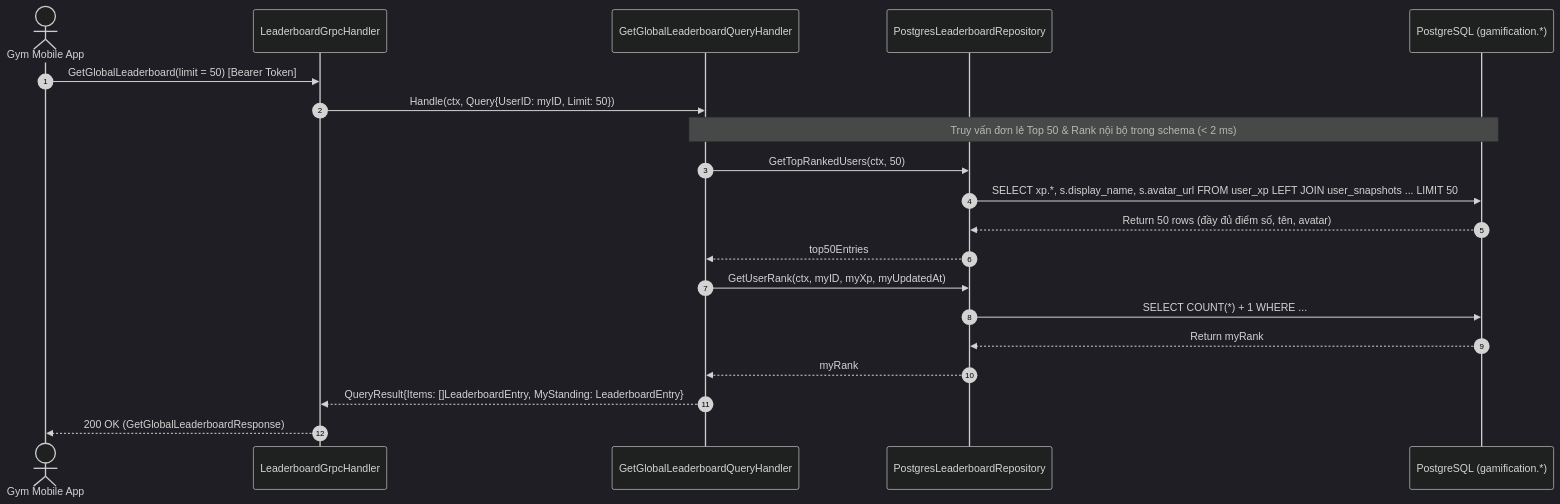
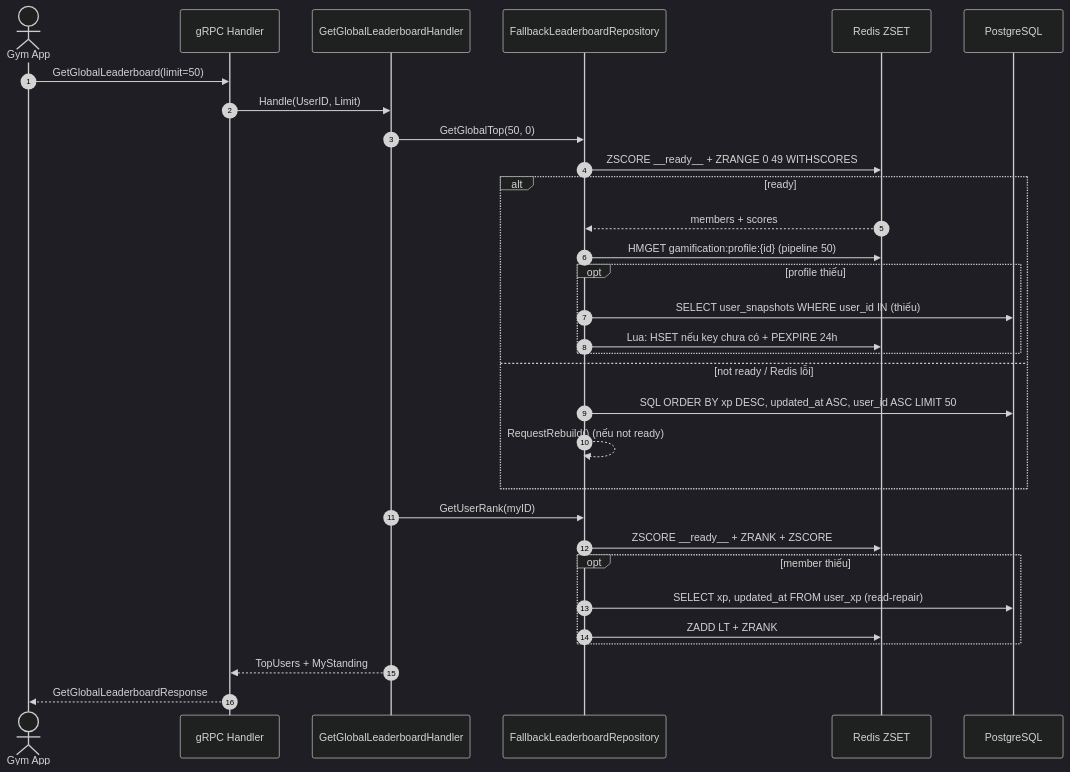
Before and after one commit to viethung213/gym-companion: the second of 3 diagrams in internal/gamification/docs/features/leaderboards/02-design.md, drawn with Mermaid (dark theme). The commit also changed other lines of this file and 53 other files, not shown here.

Commit message:
✨ feat(gamification): serve the XP leaderboard from a Redis sorted set (#431)

````diff
--- a/internal/gamification/docs/features/leaderboards/02-design.md
+++ b/internal/gamification/docs/features/leaderboards/02-design.md
@@ -111,26 +149,34 @@
 ```mermaid
 sequenceDiagram
     autonumber
-    actor Client as Gym Mobile App
-    participant Grpc as LeaderboardGrpcHandler
-    participant App as GetGlobalLeaderboardQueryHandler
-    participant Repo as PostgresLeaderboardRepository
-    participant DB as PostgreSQL (gamification.*)
+    actor Client as Gym App
+    participant Grpc as gRPC Handler
+    participant App as GetGlobalLeaderboardHandler
+    participant FB as FallbackLeaderboardRepository
+    participant R as Redis ZSET
+    participant PG as PostgreSQL
 
-    Client->>Grpc: GetGlobalLeaderboard(limit = 50) [Bearer Token]
-    Grpc->>App: Handle(ctx, Query{UserID: myID, Limit: 50})
-    
-    Note over App, DB: Truy vấn đơn lẻ Top 50 & Rank nội bộ trong schema (< 2 ms)
-    App->>Repo: GetTopRankedUsers(ctx, 50)
-    Repo->>DB: SELECT xp.*, s.display_name, s.avatar_url FROM user_xp LEFT JOIN user_snapshots ... LIMIT 50
-    DB-->>Repo: Return 50 rows (đầy đủ điểm số, tên, avatar)
-    Repo-->>App: top50Entries
-    
-    App->>Repo: GetUserRank(ctx, myID, myXp, myUpdatedAt)
-    Repo->>DB: SELECT COUNT(*) + 1 WHERE ...
-    DB-->>Repo: Return myRank
-    Repo-->>App: myRank
-
-    App-->>Grpc: QueryResult{Items: []LeaderboardEntry, MyStanding: LeaderboardEntry}
-    Grpc-->>Client: 200 OK (GetGlobalLeaderboardResponse)
+    Client->>Grpc: GetGlobalLeaderboard(limit=50)
+    Grpc->>App: Handle(UserID, Limit)
+    App->>FB: GetGlobalTop(50, 0)
+    FB->>R: ZSCORE __ready__ + ZRANGE 0 49 WITHSCORES
+    alt ready
+        R-->>FB: members + scores
+        FB->>R: HMGET gamification:profile:{id} (pipeline 50)
+        opt profile thiếu
+            FB->>PG: SELECT user_snapshots WHERE user_id IN (thiếu)
+            FB->>R: Lua: HSET nếu key chưa có + PEXPIRE 24h
+        end
+    else not ready / Redis lỗi
+        FB->>PG: SQL ORDER BY xp DESC, updated_at ASC, user_id ASC LIMIT 50
+        FB-->>FB: RequestRebuild() (nếu not ready)
+    end
+    App->>FB: GetUserRank(myID)
+    FB->>R: ZSCORE __ready__ + ZRANK + ZSCORE
+    opt member thiếu
+        FB->>PG: SELECT xp, updated_at FROM user_xp (read-repair)
+        FB->>R: ZADD LT + ZRANK
+    end
+    App-->>Grpc: TopUsers + MyStanding
+    Grpc-->>Client: GetGlobalLeaderboardResponse
 ```
````
